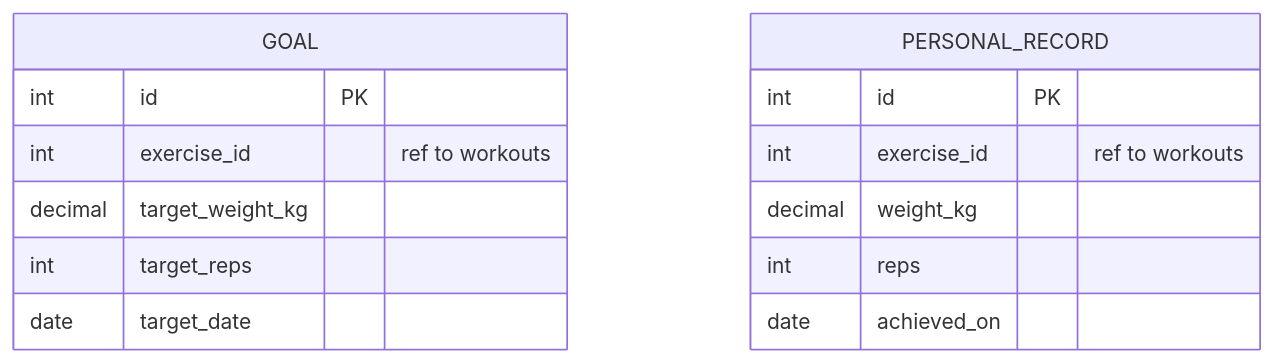
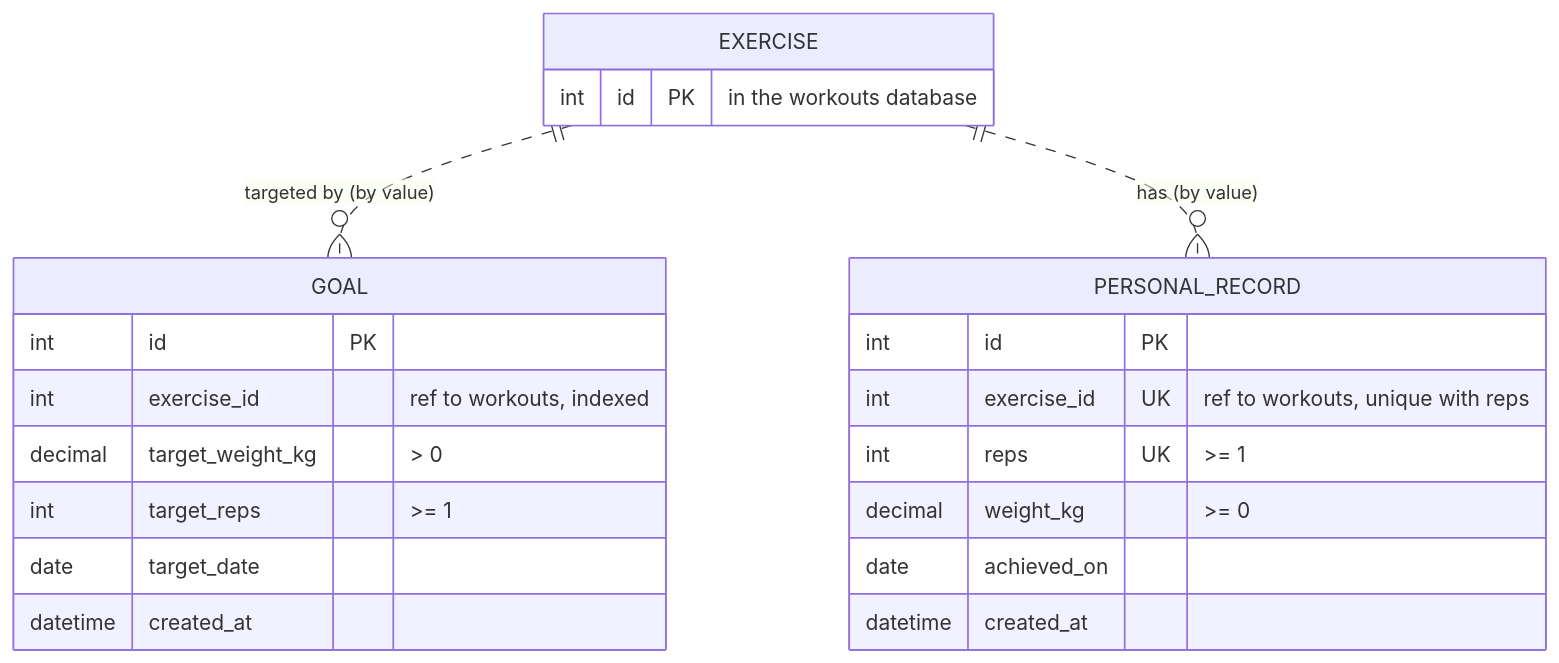
The second of 2 diagrams in docs/data-model.md (Liftitnium/devops-group-project), drawn with Mermaid before and after one commit. The commit also changed other lines of this file, not shown here.

Commit message:
docs(data-model): progress diagram matches the migrations (#24)
Adds created_at, the unique (exercise_id, reps) rule and the by-value
references to EXERCISE to the progress diagram.

Claude-Session: https://claude.ai/code/session_01WKQucXcJsHHbKosoihQQHB

````diff
--- a/docs/data-model.md
+++ b/docs/data-model.md
@@ -46,17 +48,24 @@
 ```mermaid
 erDiagram
+    EXERCISE ||..o{ GOAL : "targeted by (by value)"
+    EXERCISE ||..o{ PERSONAL_RECORD : "has (by value)"
+    EXERCISE {
+        int id PK "in the workouts database"
+    }
     GOAL {
         int id PK
-        int exercise_id "ref to workouts"
-        decimal target_weight_kg
-        int target_reps
+        int exercise_id "ref to workouts, indexed"
+        decimal target_weight_kg "> 0"
+        int target_reps ">= 1"
         date target_date
+        datetime created_at
     }
     PERSONAL_RECORD {
         int id PK
-        int exercise_id "ref to workouts"
-        decimal weight_kg
-        int reps
+        int exercise_id UK "ref to workouts, unique with reps"
+        int reps UK ">= 1"
+        decimal weight_kg ">= 0"
         date achieved_on
+        datetime created_at
     }
 ```
````
